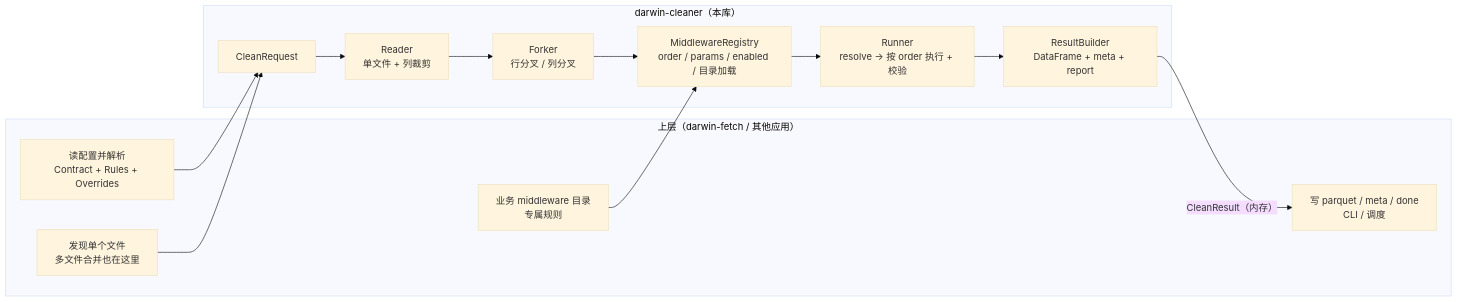
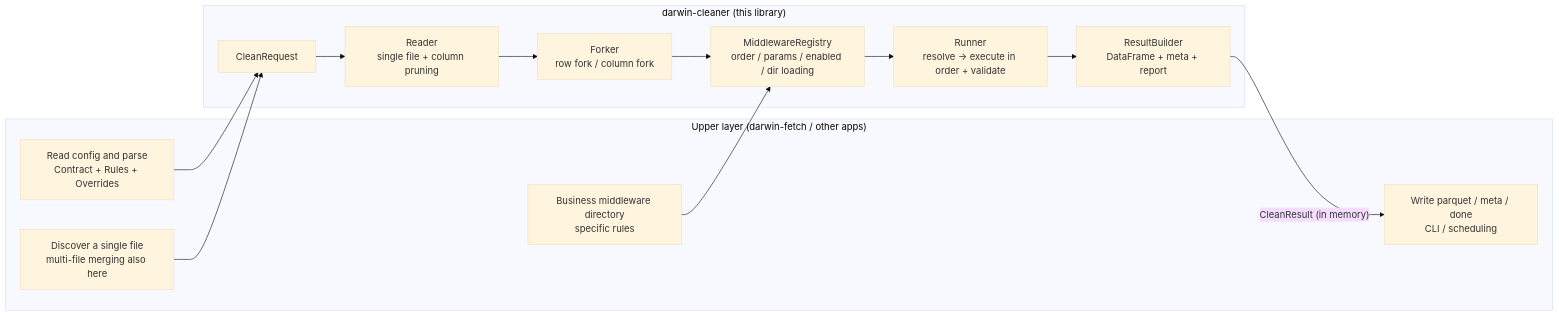
Before and after one commit to darwinalpha/darwin-cleaner: the first of 2 diagrams in docs/design.md, drawn with Mermaid (base theme). The commit also changed other lines of this file and 31 other files, not shown here.

````diff
--- a/docs/design.md
+++ b/docs/design.md
@@ -60,24 +62,24 @@
 ```mermaid
 flowchart LR
-    subgraph Upper["上层（darwin-fetch / 其他应用）"]
-        A1["读配置并解析<br/>Contract + Rules + Overrides"]
-        A2["发现单个文件<br/>多文件合并也在这里"]
-        A3["业务 middleware 目录<br/>专属规则"]
-        A4["写 parquet / meta / done<br/>CLI / 调度"]
+    subgraph Upper["Upper layer (darwin-fetch / other apps)"]
+        A1["Read config and parse<br/>Contract + Rules + Overrides"]
+        A2["Discover a single file<br/>multi-file merging also here"]
+        A3["Business middleware directory<br/>specific rules"]
+        A4["Write parquet / meta / done<br/>CLI / scheduling"]
     end
 
-    subgraph Lib["darwin-cleaner（本库）"]
+    subgraph Lib["darwin-cleaner (this library)"]
         B1["CleanRequest"]
-        B2["Reader<br/>单文件 + 列裁剪"]
-        B3["Forker<br/>行分叉 / 列分叉"]
-        B4["MiddlewareRegistry<br/>order / params / enabled / 目录加载"]
-        B5["Runner<br/>resolve → 按 order 执行 + 校验"]
+        B2["Reader<br/>single file + column pruning"]
+        B3["Forker<br/>row fork / column fork"]
+        B4["MiddlewareRegistry<br/>order / params / enabled / dir loading"]
+        B5["Runner<br/>resolve → execute in order + validate"]
         B6["ResultBuilder<br/>DataFrame + meta + report"]
     end
 
     A1 --> B1
     A2 --> B1
     A3 --> B4
     B1 --> B2 --> B3 --> B4 --> B5 --> B6
-    B6 -->|"CleanResult（内存）"| A4
+    B6 -->|"CleanResult (in memory)"| A4
 ```
````
